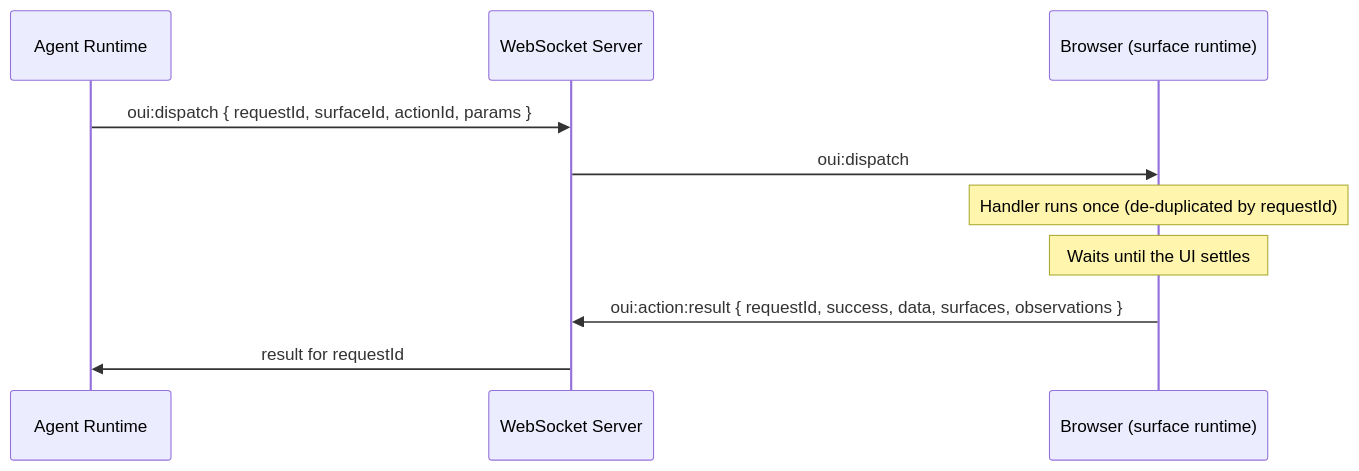
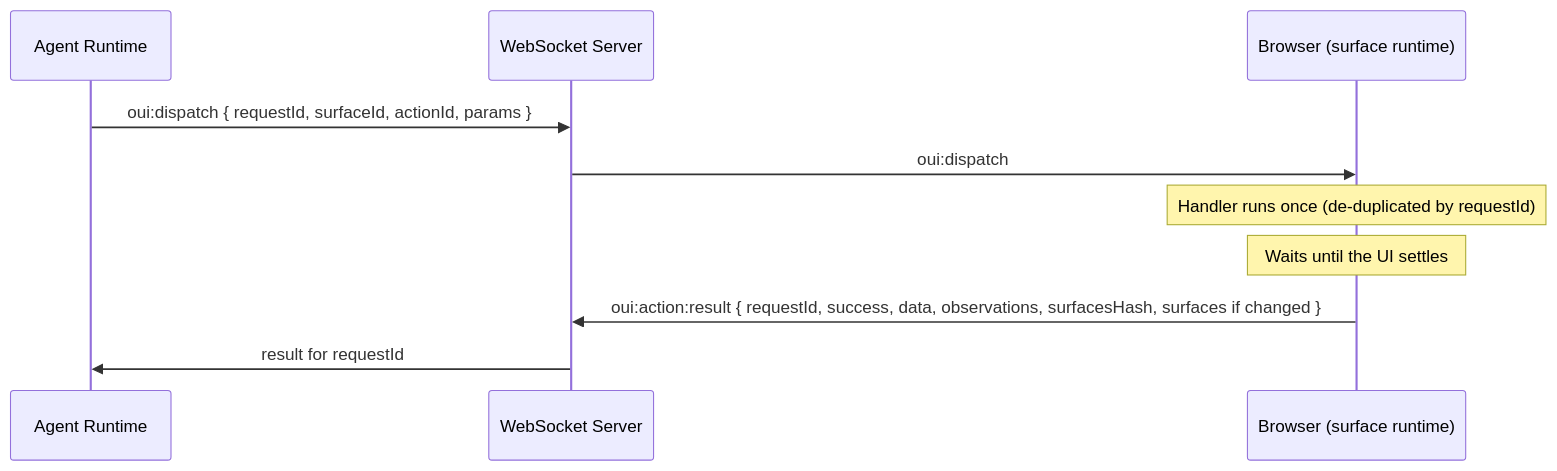
One commit to wesreid/oui changed the second of 2 diagrams in README.md. Above: the diagram before and after it, drawn with Mermaid. The commit also changed other lines of this file and 13 other files, not shown here.

First line of the commit message:
feat: results carry surfaces only when they changed; a refused result is sent again trimmed (0.6.0) (#6)

````diff
--- a/README.md
+++ b/README.md
@@ -240,13 +249,13 @@
 ```mermaid
 sequenceDiagram
     participant Agent as Agent Runtime
     participant WS as WebSocket Server
     participant Browser as Browser (surface runtime)
 
     Agent->>WS: oui:dispatch { requestId, surfaceId, actionId, params }
     WS->>Browser: oui:dispatch
     Note over Browser: Handler runs once (de-duplicated by requestId)
     Note over Browser: Waits until the UI settles
-    Browser->>WS: oui:action:result { requestId, success, data, surfaces, observations }
+    Browser->>WS: oui:action:result { requestId, success, data, observations, surfacesHash, surfaces if changed }
     WS->>Agent: result for requestId
 ```
````
